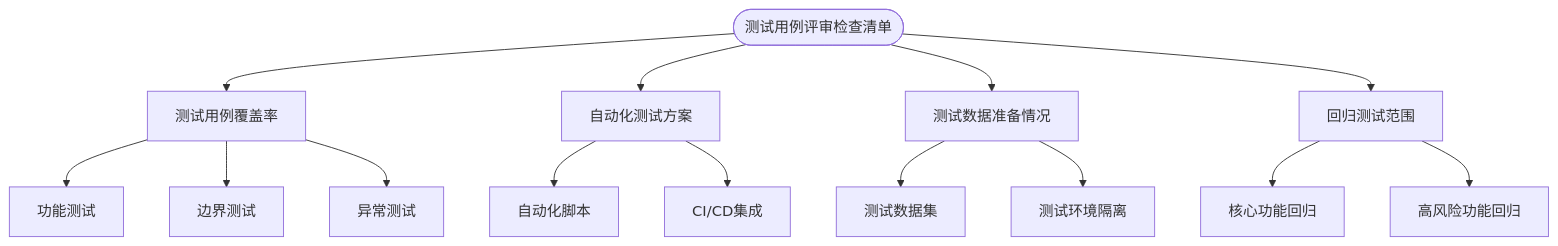
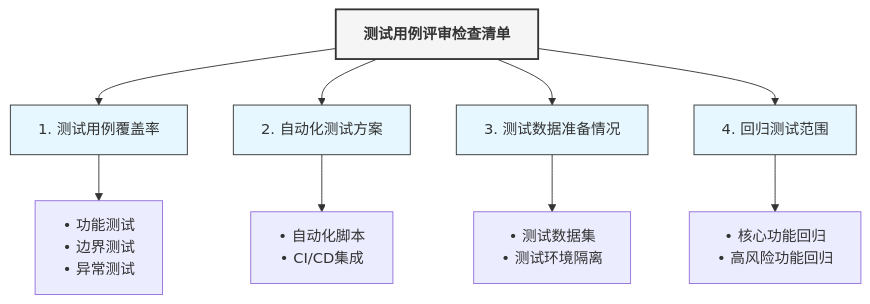
Before and after one commit to Taskon-xyz/PR: the fifth of 11 diagrams in 开发流程图.md, drawn with Mermaid. The commit also changed other lines of this file and 1 other file, not shown here.

````diff
--- a/开发流程图.md
+++ b/开发流程图.md
@@ -149,20 +132,20 @@
 ```mermaid
-graph TD
-    Test_Check(["测试用例评审检查清单"]) --> E1["测试用例覆盖率"]
-    Test_Check --> E2["自动化测试方案"]
-    Test_Check --> E3["测试数据准备情况"]
-    Test_Check --> E4["回归测试范围"]
+graph TB
+    classDef mainNode fill:#f5f5f5,stroke:#333,stroke-width:2px,color:#333,font-weight:bold
+    classDef subNode fill:#e6f7ff,stroke:#333,stroke-width:1px
     
-    E1 --> E1_1["功能测试"]
-    E1 --> E1_2["边界测试"]
-    E1 --> E1_3["异常测试"]
+    Test_Check["测试用例评审检查清单"]
     
-    E2 --> E2_1["自动化脚本"]
-    E2 --> E2_2["CI/CD集成"]
+    Test_Check --> Coverage["1. 测试用例覆盖率"]
+    Test_Check --> Automation["2. 自动化测试方案"]
+    Test_Check --> TestData["3. 测试数据准备情况"]
+    Test_Check --> Regression["4. 回归测试范围"]
     
-    E3 --> E3_1["测试数据集"]
-    E3 --> E3_2["测试环境隔离"]
+    Coverage --> Cov1["• 功能测试<br>• 边界测试<br>• 异常测试"]
+    Automation --> Auto1["• 自动化脚本<br>• CI/CD集成"]
+    TestData --> TD1["• 测试数据集<br>• 测试环境隔离"]
+    Regression --> Reg1["• 核心功能回归<br>• 高风险功能回归"]
     
-    E4 --> E4_1["核心功能回归"]
-    E4 --> E4_2["高风险功能回归"]
+    class Test_Check mainNode
+    class Coverage,Automation,TestData,Regression subNode
 ```
````
